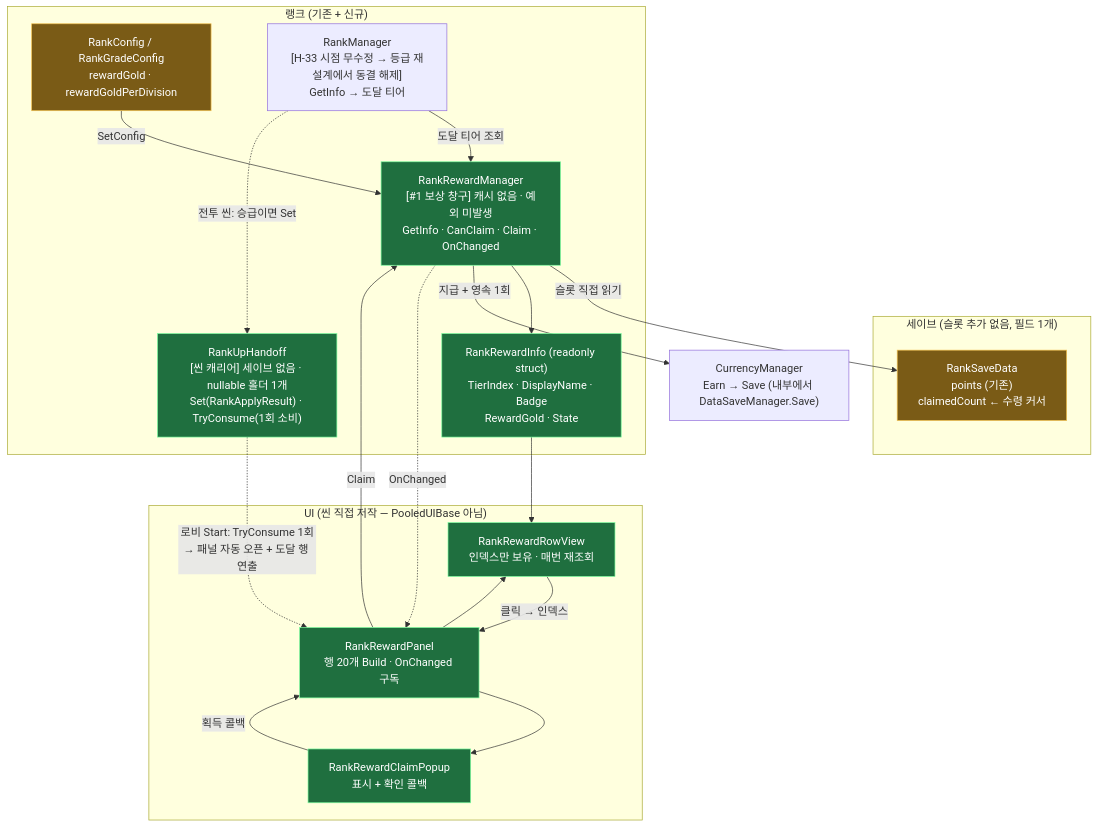
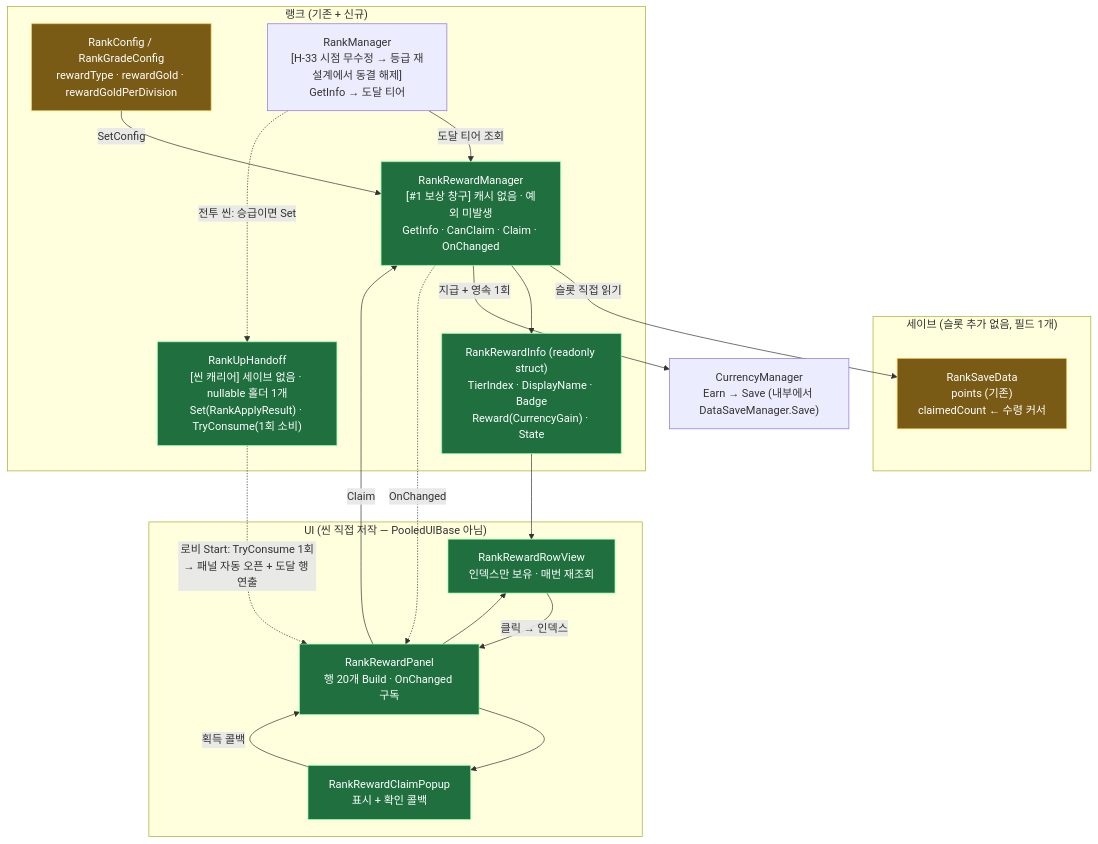
Before and after one commit to hspark-maker/TeamfightTCG_Migriation: diagram 14 of 19 in docs/OutGamePlan/STRUCTURE.md, drawn with Mermaid. The commit also changed other lines of this file and 8 other files, not shown here.

````diff
--- a/docs/OutGamePlan/STRUCTURE.md
+++ b/docs/OutGamePlan/STRUCTURE.md
@@ -618,40 +618,40 @@
 ```mermaid
 flowchart TD
     subgraph save["세이브 (슬롯 추가 없음, 필드 1개)"]
         RSD["RankSaveData<br/>points (기존)<br/>claimedCount ← 수령 커서"]:::chg
     end
 
     subgraph rank["랭크 (기존 + 신규)"]
-        CFG["RankConfig / RankGradeConfig<br/>rewardGold · rewardGoldPerDivision"]:::chg
+        CFG["RankConfig / RankGradeConfig<br/>rewardType · rewardGold · rewardGoldPerDivision"]:::chg
         MGR["RankManager<br/>[H-33 시점 무수정 → 등급 재설계에서 동결 해제]<br/>GetInfo → 도달 티어"]
         RMGR["RankRewardManager<br/>[#1 보상 창구] 캐시 없음 · 예외 미발생<br/>GetInfo · CanClaim · Claim · OnChanged"]:::new
-        INFO["RankRewardInfo (readonly struct)<br/>TierIndex · DisplayName · Badge<br/>RewardGold · State"]:::new
+        INFO["RankRewardInfo (readonly struct)<br/>TierIndex · DisplayName · Badge<br/>Reward(CurrencyGain) · State"]:::new
         HAND["RankUpHandoff<br/>[씬 캐리어] 세이브 없음 · nullable 홀더 1개<br/>Set(RankApplyResult) · TryConsume(1회 소비)"]:::new
     end
 
     subgraph ui["UI (씬 직접 저작 — PooledUIBase 아님)"]
         PANEL["RankRewardPanel<br/>행 20개 Build · OnChanged 구독"]:::new
         ROW["RankRewardRowView<br/>인덱스만 보유 · 매번 재조회"]:::new
         POP["RankRewardClaimPopup<br/>표시 + 확인 콜백"]:::new
     end
 
     CUR["CurrencyManager<br/>Earn → Save (내부에서 DataSaveManager.Save)"]
 
     RMGR -->|"슬롯 직접 읽기"| RSD
     CFG -->|SetConfig| RMGR
     MGR -->|"도달 티어 조회"| RMGR
     RMGR --> INFO
     INFO --> ROW
     PANEL --> ROW
     ROW -->|"클릭 → 인덱스"| PANEL
     PANEL --> POP
     POP -->|"획득 콜백"| PANEL
     PANEL -->|Claim| RMGR
     RMGR -->|"지급 + 영속 1회"| CUR
     RMGR -.->|OnChanged| PANEL
     MGR -.->|"전투 씬: 승급이면 Set"| HAND
     HAND -.->|"로비 Start: TryConsume 1회<br/>→ 패널 자동 오픈 + 도달 행 연출"| PANEL
 
     classDef new fill:#1f6f3f,stroke:#7CFC9E,color:#fff;
     classDef chg fill:#7a5b16,stroke:#f2c14e,color:#fff;
 ```
````
